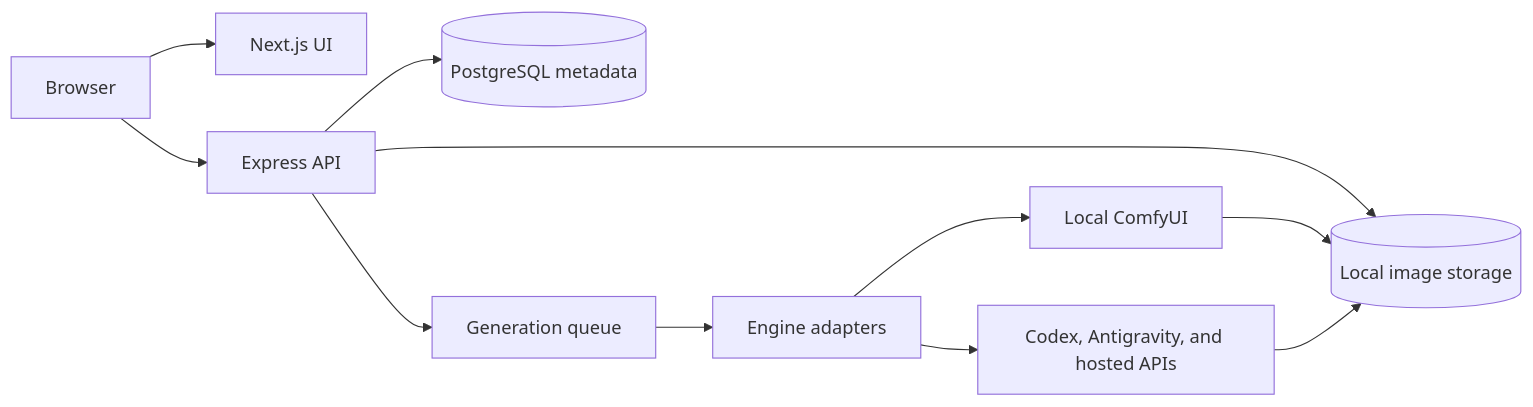
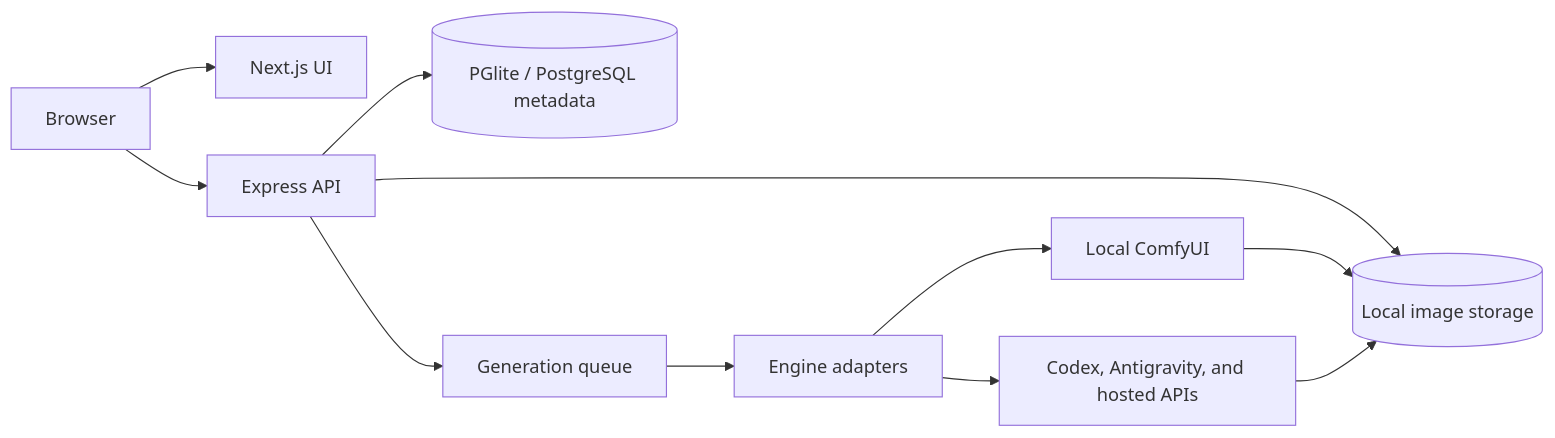
One commit to vishwakulkarni/PoseForge changed the diagram in README.md. Above: the diagram before and after it, drawn with Mermaid. The commit also changed other lines of this file and 37 other files, not shown here.

````diff
--- a/README.md
+++ b/README.md
@@ -182,13 +182,13 @@
 ```mermaid
 flowchart LR
   Browser[Browser] --> Next[Next.js UI]
   Browser --> API[Express API]
-  API --> DB[(PostgreSQL metadata)]
+  API --> DB[(PGlite / PostgreSQL metadata)]
   API --> Storage[(Local image storage)]
   API --> Queue[Generation queue]
   Queue --> Engines[Engine adapters]
   Engines --> Local[Local ComfyUI]
   Engines --> Providers[Codex, Antigravity, and hosted APIs]
   Local --> Storage
   Providers --> Storage
 ```
````
